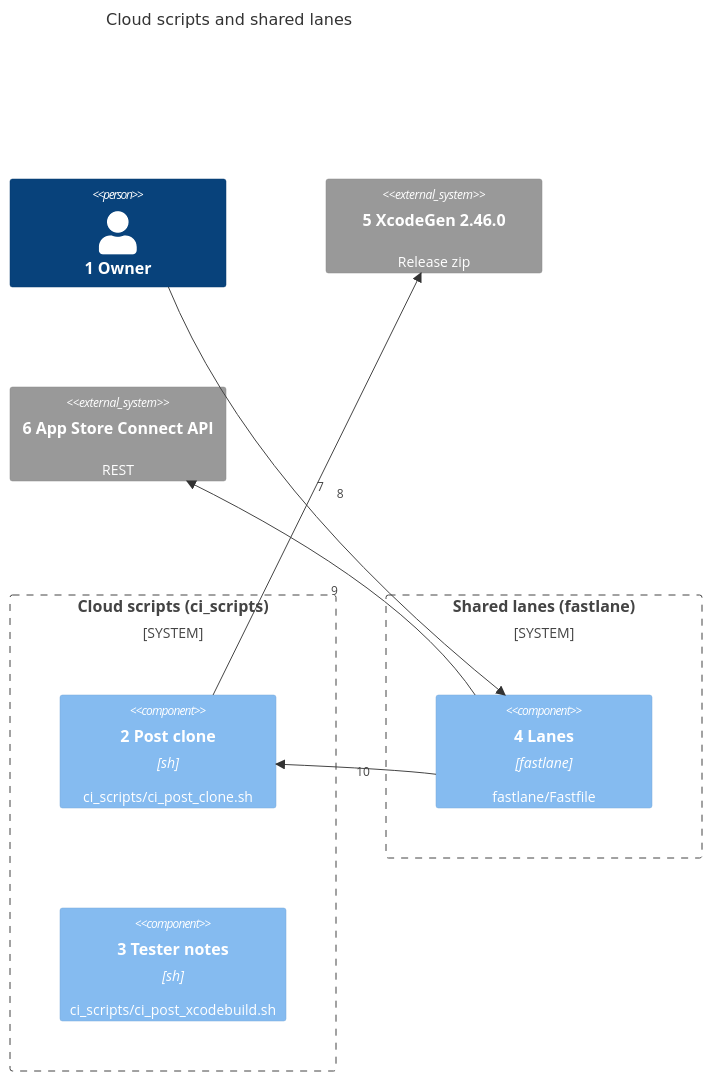
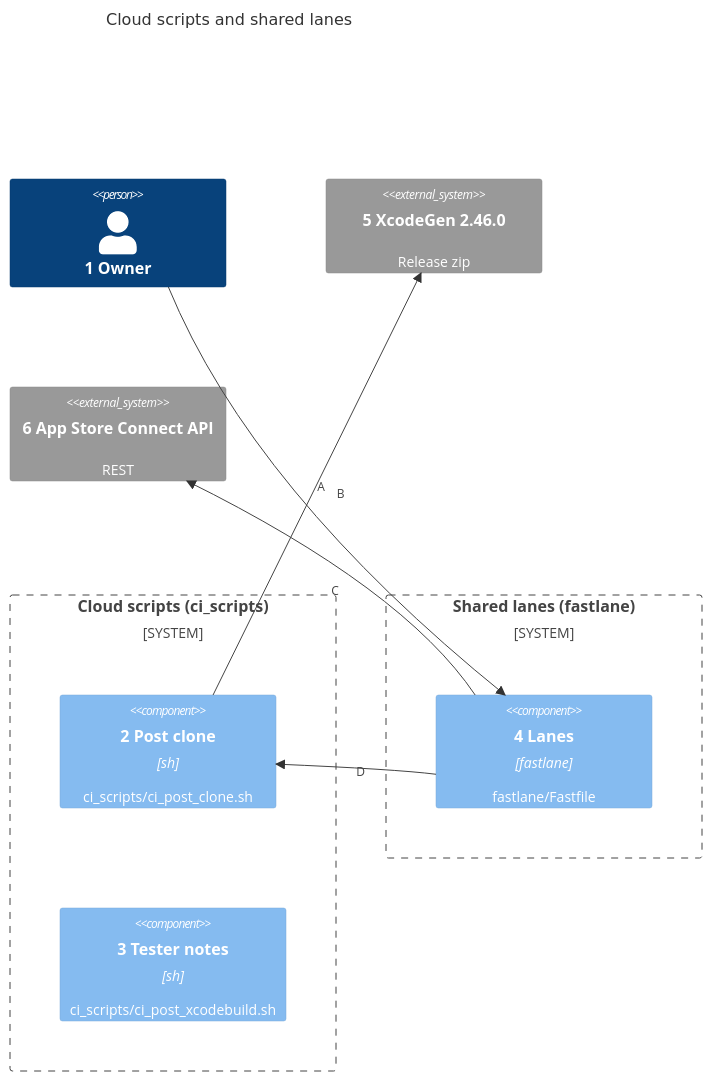
Before and after one commit to may-journal/xcode-tooling: the first of 2 diagrams in docs/architecture/03-components.md, drawn with Mermaid. The commit also changed other lines of this file and 4 other files, not shown here.

First line of the commit message:
docs(architecture): connector callouts are letters (#5)

````diff
--- a/docs/architecture/03-components.md
+++ b/docs/architecture/03-components.md
@@ -7,23 +7,23 @@
 ```mermaid
 C4Component
     title Cloud scripts and shared lanes
 
     Person(owner, "1 Owner")
 
     System_Boundary(scripts, "Cloud scripts (ci_scripts)") {
         Component(clone, "2 Post clone", "sh", "ci_scripts/ci_post_clone.sh")
         Component(notes, "3 Tester notes", "sh", "ci_scripts/ci_post_xcodebuild.sh")
     }
 
     System_Boundary(lanes, "Shared lanes (fastlane)") {
         Component(fastfile, "4 Lanes", "fastlane", "fastlane/Fastfile")
     }
 
     System_Ext(xcodegen, "5 XcodeGen 2.46.0", "Release zip")
     System_Ext(asc, "6 App Store Connect API", "REST")
 
-    Rel(clone, xcodegen, "7")
-    Rel(owner, fastfile, "8")
-    Rel(fastfile, asc, "9")
-    Rel(fastfile, clone, "10")
+    Rel(clone, xcodegen, "A")
+    Rel(owner, fastfile, "B")
+    Rel(fastfile, asc, "C")
+    Rel(fastfile, clone, "D")
 ```
````
